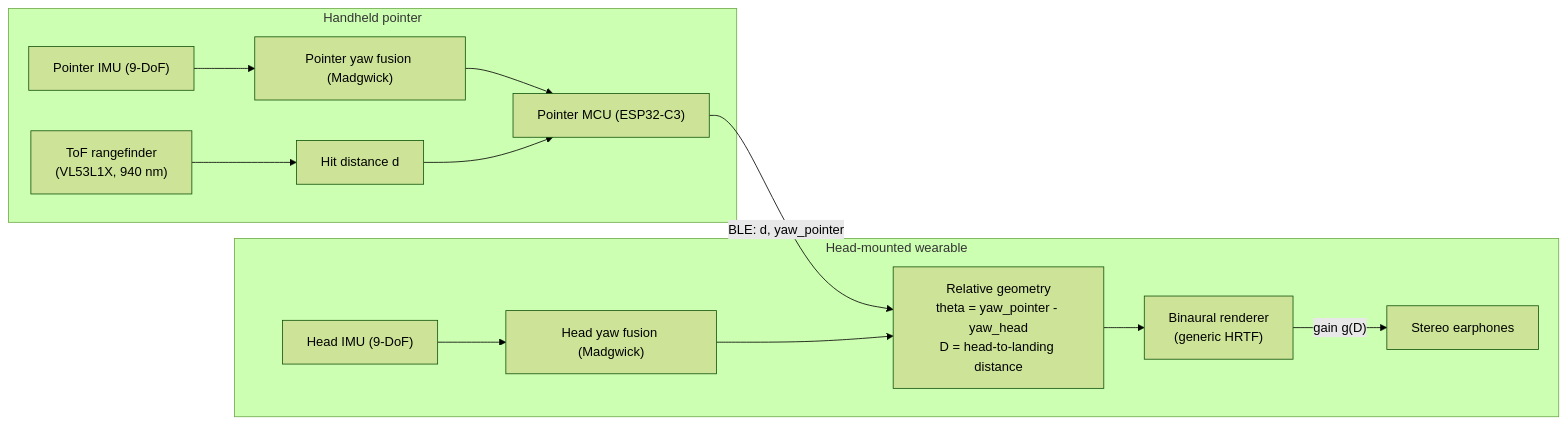
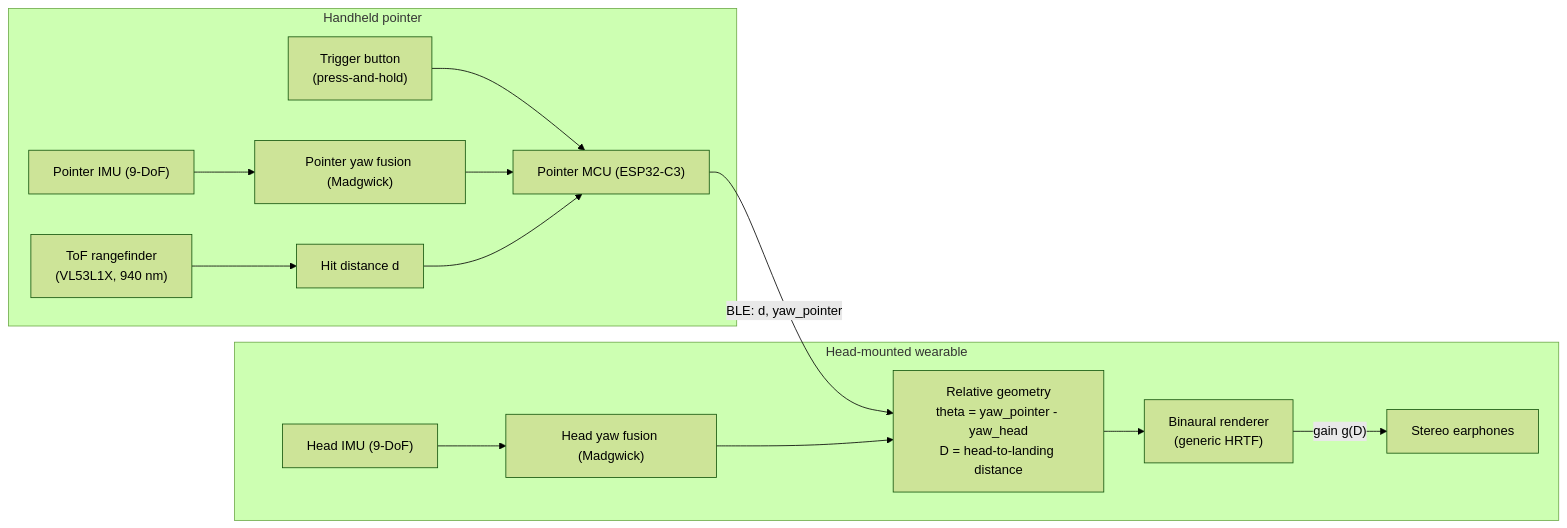
One commit to pewpil/auris changed the diagram in README.md. Above: the diagram before and after it, drawn with Mermaid (forest theme). The commit also changed other lines of this file, not shown here.

Commit message:
dev plan rewrite for the pointer's button

````diff
--- a/README.md
+++ b/README.md
@@ -74,16 +84,17 @@
 ```mermaid
 flowchart LR
     subgraph pointer["Handheld pointer"]
         pimu["Pointer IMU (9-DoF)"] --> pfus["Pointer yaw fusion (Madgwick)"]
         tof["ToF rangefinder<br/>(VL53L1X, 940 nm)"] --> dist["Hit distance d"]
-        pfus --> mcu1["Pointer MCU (ESP32-C3)"]
+        btn["Trigger button<br/>(press-and-hold)"] --> mcu1["Pointer MCU (ESP32-C3)"]
+        pfus --> mcu1
         dist --> mcu1
     end
     subgraph wearable["Head-mounted wearable"]
         himu["Head IMU (9-DoF)"] --> hfus["Head yaw fusion (Madgwick)"]
         mcu1 -- "BLE: d, yaw_pointer" --> geo["Relative geometry<br/>theta = yaw_pointer - yaw_head<br/>D = head-to-landing distance"]
         hfus --> geo
         geo --> ren["Binaural renderer<br/>(generic HRTF)"]
         ren -- "gain g(D)" --> spk["Stereo earphones"]
     end
 ```
````
